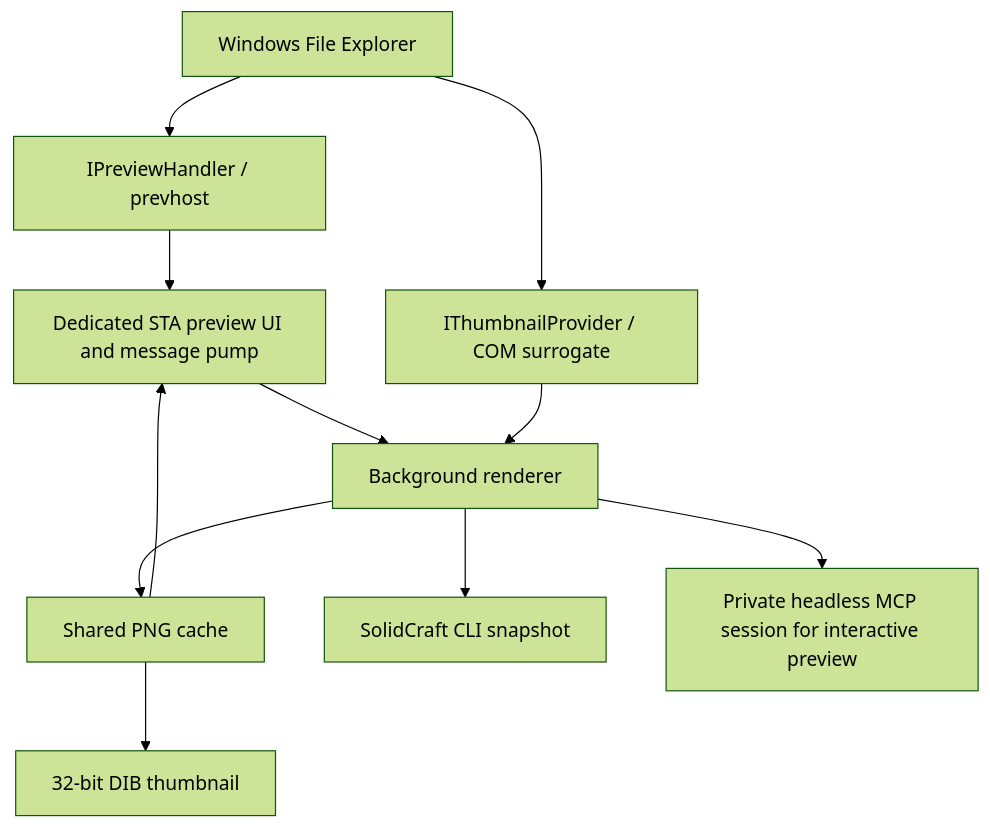
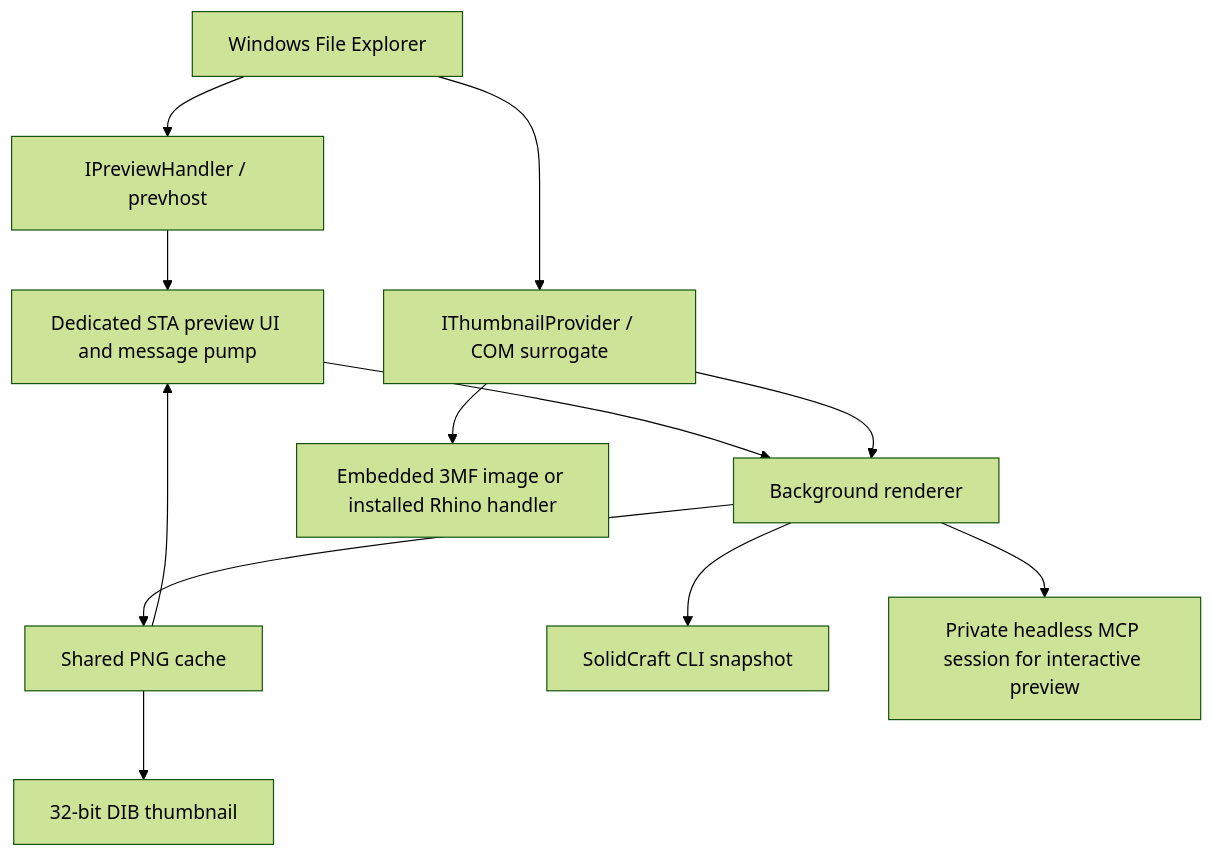
Before and after one commit to rio-fujimiya/SolidPreview: the diagram in docs/architecture.md, drawn with Mermaid (forest theme). The commit also changed other lines of this file and 13 other files, not shown here.

````diff
--- a/docs/architecture.md
+++ b/docs/architecture.md
@@ -3,13 +3,14 @@
 ```mermaid
 flowchart TD
     E[Windows File Explorer] --> P[IPreviewHandler / prevhost]
     E --> T[IThumbnailProvider / COM surrogate]
     P --> UI[Dedicated STA preview UI and message pump]
     UI --> R[Background renderer]
     T --> R
+    T --> I[Embedded 3MF image or installed Rhino handler]
     R --> C[Shared PNG cache]
     R --> CLI[SolidCraft CLI snapshot]
     R --> MCP[Private headless MCP session for interactive preview]
     C --> UI
     C --> D[32-bit DIB thumbnail]
 ```
````
